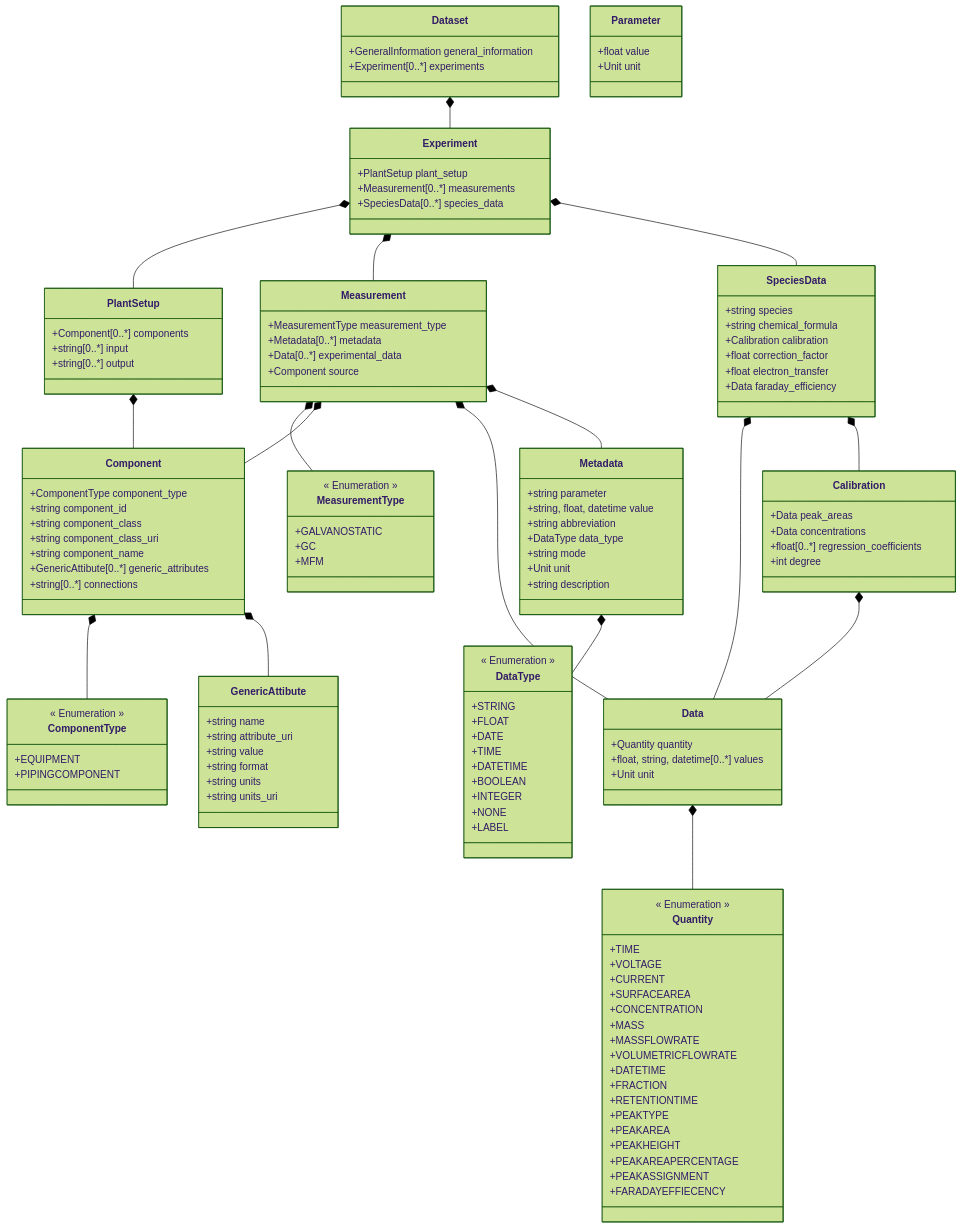
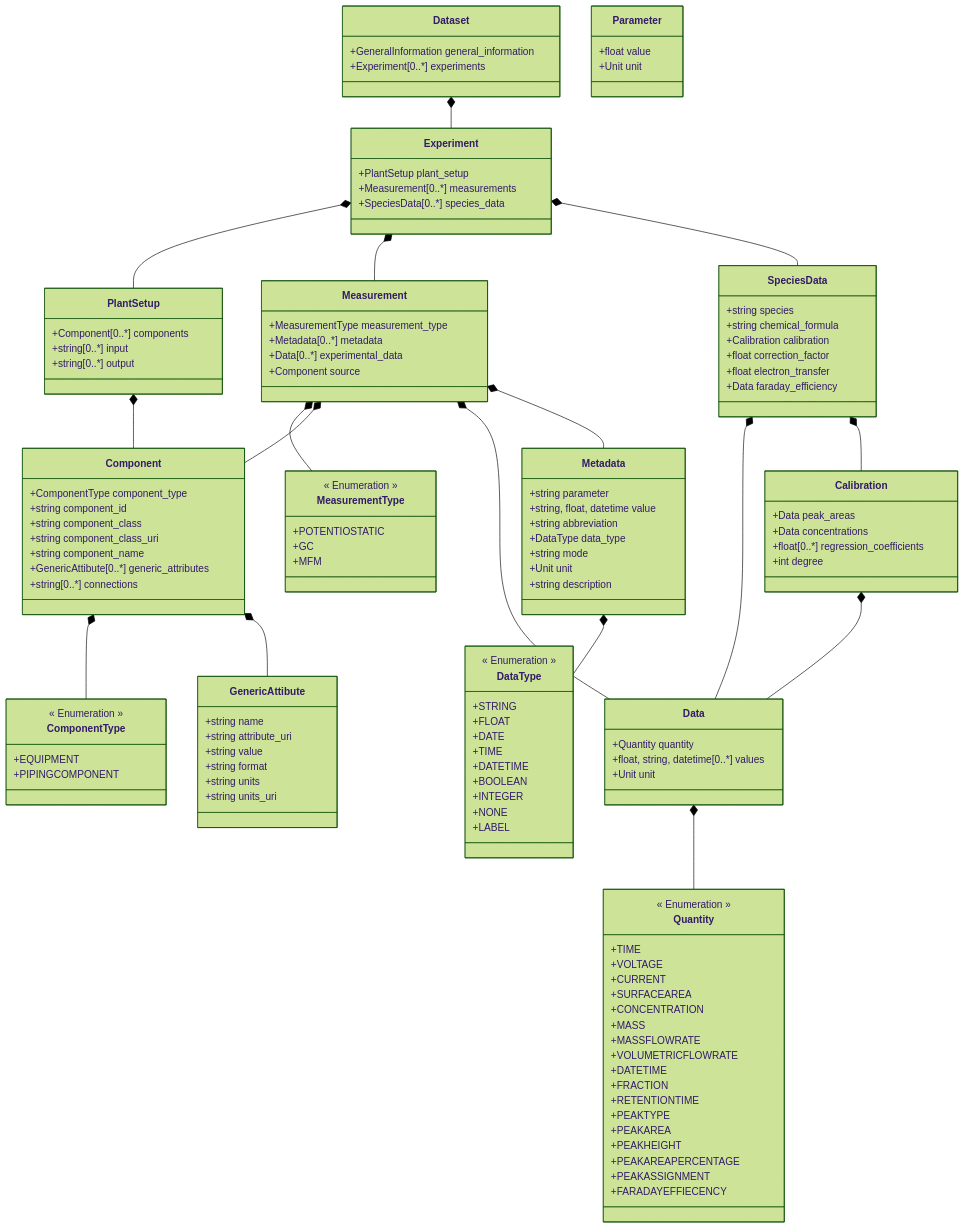
One commit to FAIRChemistry/FAIRFlow changed the diagram in FAIRFlowChemistry/schemes/fairflowchemistry_schema.md. Above: the diagram before and after it, drawn with Mermaid (forest theme). The commit also changed 16 other files, not shown here.

```diff
--- a/FAIRFlowChemistry/schemes/fairflowchemistry_schema.md
+++ b/FAIRFlowChemistry/schemes/fairflowchemistry_schema.md
@@ -139,7 +139,7 @@
     
     class MeasurementType {
         << Enumeration >>
-        +GALVANOSTATIC
+        +POTENTIOSTATIC
         +GC
         +MFM
     }
```
